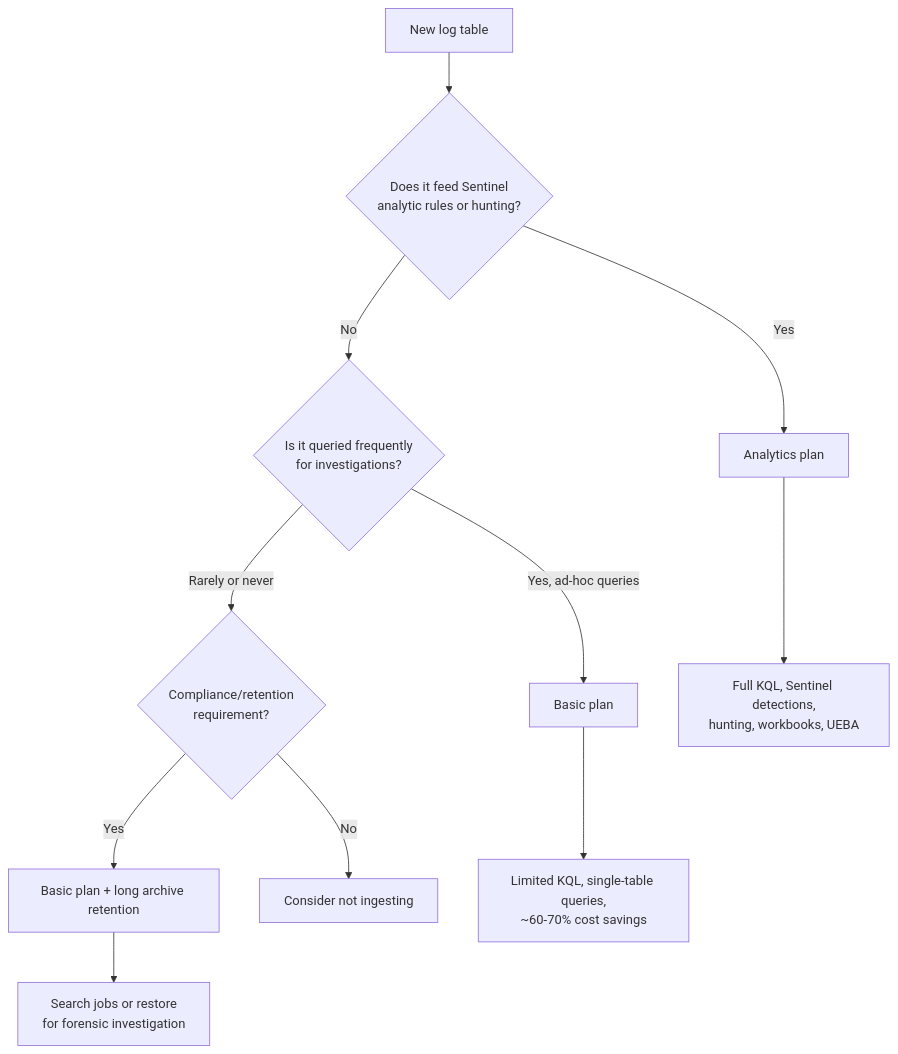
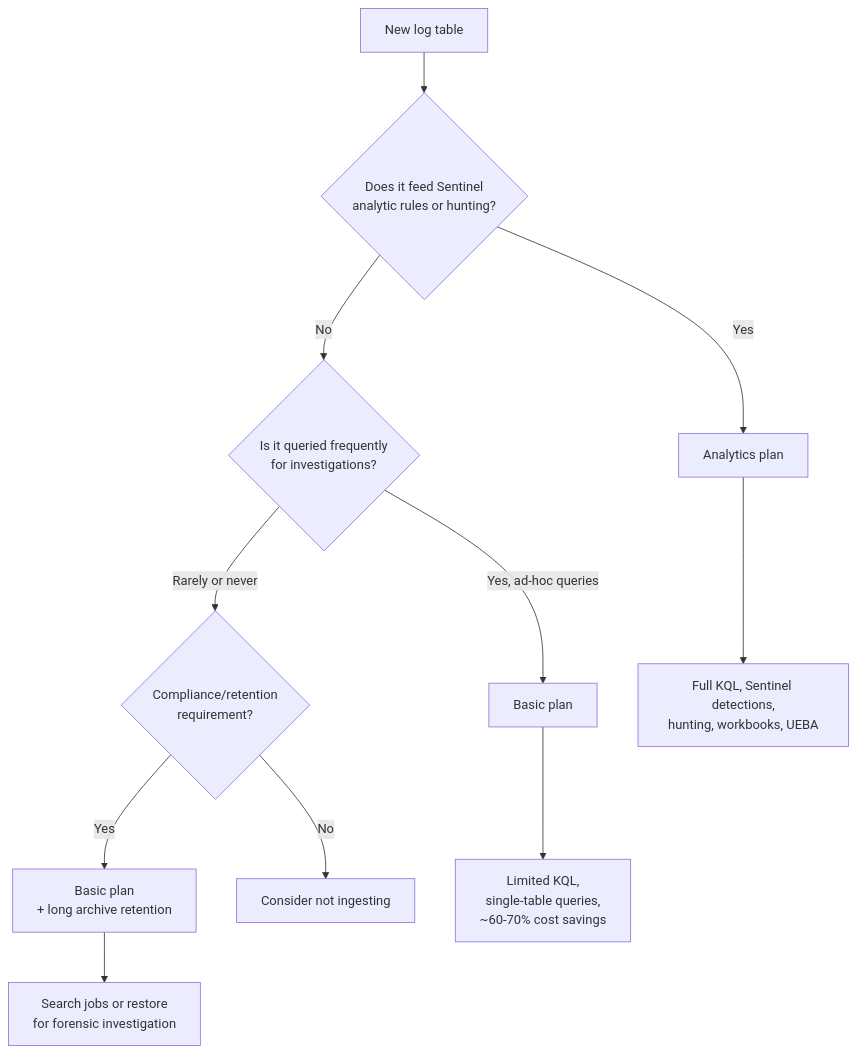
Before and after one commit to jesperkarlsson42/CertDocs: the first of 2 diagrams in sc200/implementations/log-table-plans.md, drawn with Mermaid. The commit also changed 2 other files, not shown here.

Commit message:
Add implementation guide for custom tables with JSON in Log Analytics and update SC-200 implementation index

````diff
--- a/sc200/implementations/log-table-plans.md
+++ b/sc200/implementations/log-table-plans.md
@@ -81,14 +81,14 @@
 ```mermaid
 flowchart TD
     A[New log table] --> B{Does it feed Sentinel<br/>analytic rules or hunting?}
     B -->|Yes| C[Analytics plan]
     B -->|No| D{Is it queried frequently<br/>for investigations?}
     D -->|Yes, ad-hoc queries| E[Basic plan]
     D -->|Rarely or never| F{Compliance/retention<br/>requirement?}
-    F -->|Yes| G[Basic plan + long archive retention]
+    F -->|Yes| G[Basic plan<br/> + long archive retention]
     F -->|No| H[Consider not ingesting]
 
     C --> I[Full KQL, Sentinel detections,<br/>hunting, workbooks, UEBA]
-    E --> J[Limited KQL, single-table queries,<br/>~60-70% cost savings]
+    E --> J[Limited KQL,<br/> single-table queries,<br/>~60-70% cost savings]
     G --> K[Search jobs or restore<br/>for forensic investigation]
 ```
````
